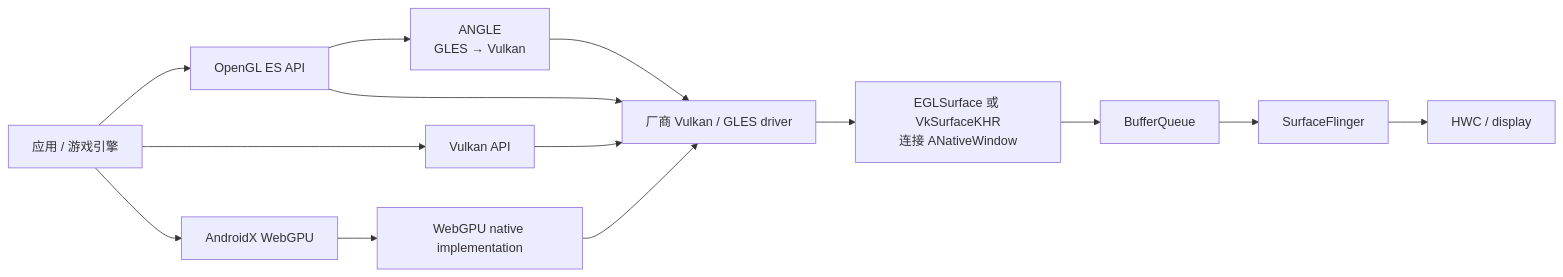
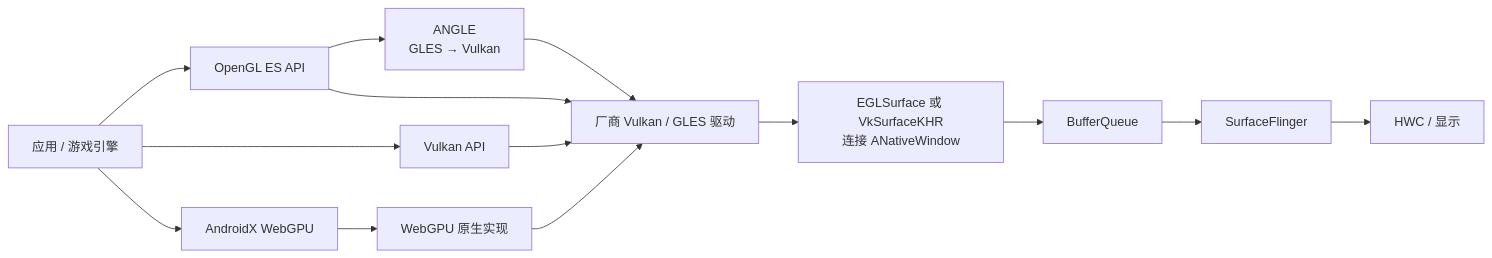
One commit to Gracker/android-internals-wiki changed the diagram in src/part1-fundamentals/ch02-rendering/14-graphics-api-evolution.md. Above: the diagram before and after it, drawn with Mermaid. The commit also changed other lines of this file and 4 other files, not shown here.

````diff
--- a/src/part1-fundamentals/ch02-rendering/14-graphics-api-evolution.md
+++ b/src/part1-fundamentals/ch02-rendering/14-graphics-api-evolution.md
@@ -116,23 +116,23 @@
 ```mermaid
 flowchart LR
     App["应用 / 游戏引擎"]
     GLES["OpenGL ES API"]
     Vulkan["Vulkan API"]
     WebGPU["AndroidX WebGPU"]
     ANGLE["ANGLE<br/>GLES → Vulkan"]
-    Dawn["WebGPU native implementation"]
-    Driver["厂商 Vulkan / GLES driver"]
+    Dawn["WebGPU 原生实现"]
+    Driver["厂商 Vulkan / GLES 驱动"]
     Window["EGLSurface 或 VkSurfaceKHR<br/>连接 ANativeWindow"]
     BQ["BufferQueue"]
     SF["SurfaceFlinger"]
-    HWC["HWC / display"]
+    HWC["HWC / 显示"]
 
     App --> GLES
     App --> Vulkan
     App --> WebGPU
     GLES --> ANGLE --> Driver
     GLES --> Driver
     Vulkan --> Driver
     WebGPU --> Dawn --> Driver
     Driver --> Window --> BQ --> SF --> HWC
 ```
````
